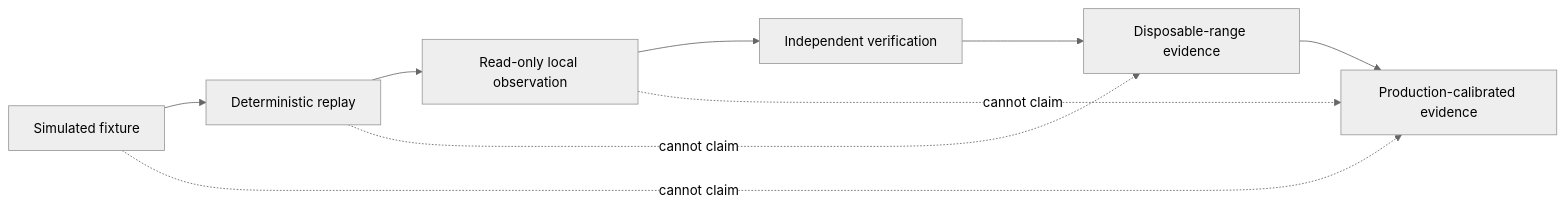
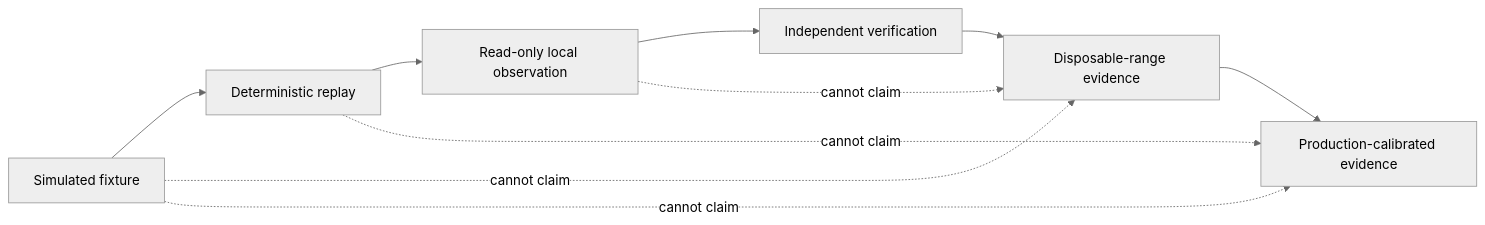
The fourth of 4 diagrams in README.md (ObtuseAI/nimrod), drawn with Mermaid (neutral theme) before and after one commit. The commit also changed other lines of this file, not shown here.

Commit message:
docs: explain nimrod architecture and evidence model

````diff
--- a/README.md
+++ b/README.md
@@ -68,12 +305,13 @@
 ```mermaid
 flowchart LR
     SIM["Simulated fixture"] --> REPLAY["Deterministic replay"]
     REPLAY --> OBS["Read-only local observation"]
     OBS --> INDEP["Independent verification"]
     INDEP --> RANGE["Disposable-range evidence"]
-    RANGE --> PROD["Production-calibrated evidence"]
+    RANGE --> CAL["Production-calibrated evidence"]
 
-    SIM -. "cannot claim" .-> PROD
-    REPLAY -. "cannot claim" .-> RANGE
-    OBS -. "cannot claim" .-> PROD
+    SIM -. "cannot claim" .-> RANGE
+    SIM -. "cannot claim" .-> CAL
+    REPLAY -. "cannot claim" .-> CAL
+    OBS -. "cannot claim" .-> RANGE
 ```
````
